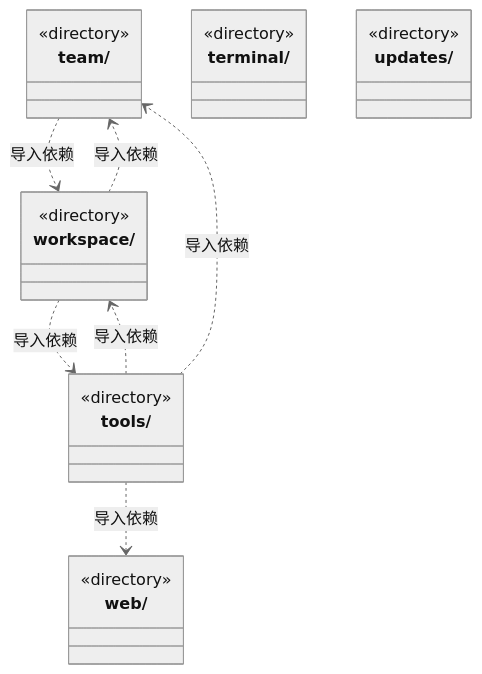
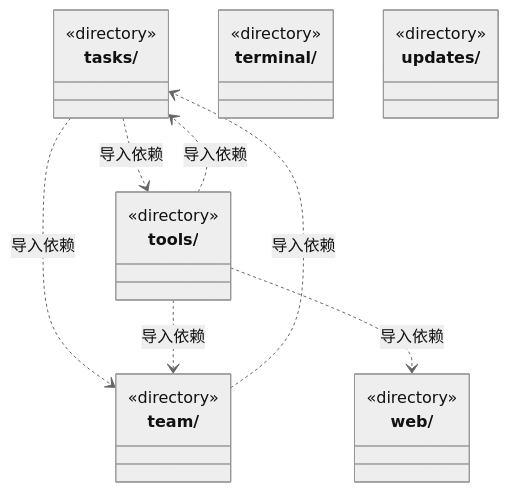
The fourth of 5 diagrams in src/logic/ARCHITECTURE.md (nan023062/cbim), drawn with Mermaid (neutral theme) before and after one commit. The commit also changed other lines of this file and 131 other files, not shown here.

````diff
--- a/src/logic/ARCHITECTURE.md
+++ b/src/logic/ARCHITECTURE.md
@@ -110,27 +105,27 @@
 ```mermaid
 classDiagram
+class N_src_logic_tasks["tasks/"] {
+  <<directory>>
+}
 class N_src_logic_team["team/"] {
   <<directory>>
 }
 class N_src_logic_terminal["terminal/"] {
   <<directory>>
 }
 class N_src_logic_tools["tools/"] {
   <<directory>>
 }
 class N_src_logic_updates["updates/"] {
   <<directory>>
 }
 class N_src_logic_web["web/"] {
   <<directory>>
 }
-class N_src_logic_workspace["workspace/"] {
-  <<directory>>
-}
-N_src_logic_team ..> N_src_logic_workspace : 导入依赖
-N_src_logic_tools ..> N_src_logic_workspace : 导入依赖
+N_src_logic_tasks ..> N_src_logic_team : 导入依赖
+N_src_logic_tasks ..> N_src_logic_tools : 导入依赖
+N_src_logic_team ..> N_src_logic_tasks : 导入依赖
 N_src_logic_tools ..> N_src_logic_team : 导入依赖
+N_src_logic_tools ..> N_src_logic_tasks : 导入依赖
 N_src_logic_tools ..> N_src_logic_web : 导入依赖
-N_src_logic_workspace ..> N_src_logic_team : 导入依赖
-N_src_logic_workspace ..> N_src_logic_tools : 导入依赖
 ```
````
